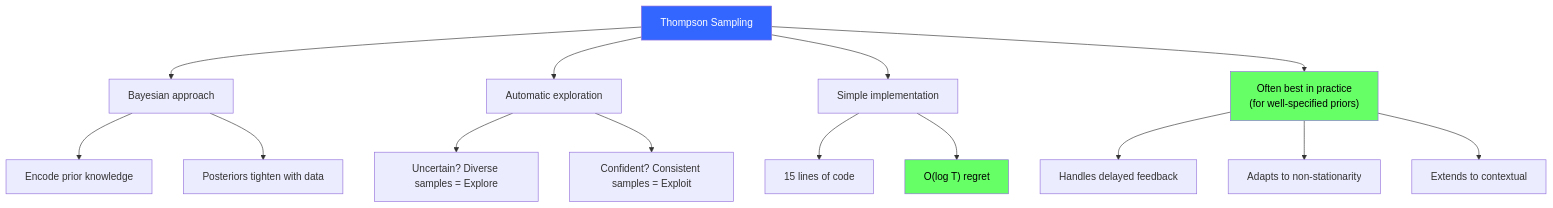
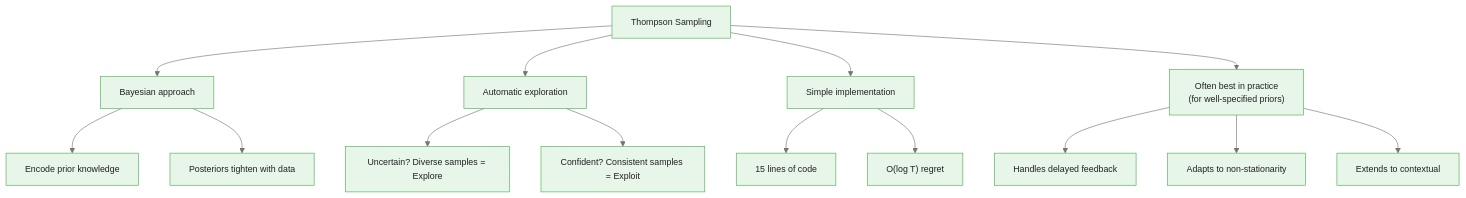
One commit to m-deane/course-creator changed the fourth of 4 diagrams in courses/multi-armed-bandits-ab-testing/modules/module_02_bayesian_bandits/guides/01_thompson_sampling_slides.md. Above: the diagram before and after it, drawn with Mermaid. The commit also changed other lines of this file and 146 other files, not shown here.

````diff
--- a/courses/multi-armed-bandits-ab-testing/modules/module_02_bayesian_bandits/guides/01_thompson_sampling_slides.md
+++ b/courses/multi-armed-bandits-ab-testing/modules/module_02_bayesian_bandits/guides/01_thompson_sampling_slides.md
@@ -248,24 +294,21 @@
 ```mermaid
+%%{init: {"theme": "base", "themeVariables": {"primaryColor": "#e8f5e9", "primaryBorderColor": "#4caf50", "primaryTextColor": "#212121", "secondaryColor": "#e3f2fd", "tertiaryColor": "#fff8e1", "lineColor": "#757575", "fontFamily": "Inter, sans-serif", "fontSize": "14px"}}}%%
 flowchart TD
     TS["Thompson Sampling"] --> Bayes["Bayesian approach"]
     TS --> Auto["Automatic exploration"]
     TS --> Simple["Simple implementation"]
 
     Bayes --> Prior["Encode prior knowledge"]
     Bayes --> Post["Posteriors tighten with data"]
 
     Auto --> Wide["Uncertain? Diverse samples = Explore"]
     Auto --> Tight["Confident? Consistent samples = Exploit"]
 
     Simple --> Code["15 lines of code"]
     Simple --> Log["O(log T) regret"]
 
     TS --> Best["Often best in practice\n(for well-specified priors)"]
     Best --> Delayed["Handles delayed feedback"]
     Best --> NS["Adapts to non-stationarity"]
     Best --> Context["Extends to contextual"]
-
-    style TS fill:#36f,color:#fff
-    style Log fill:#6f6,color:#000
-    style Best fill:#6f6,color:#000
 ```
````
